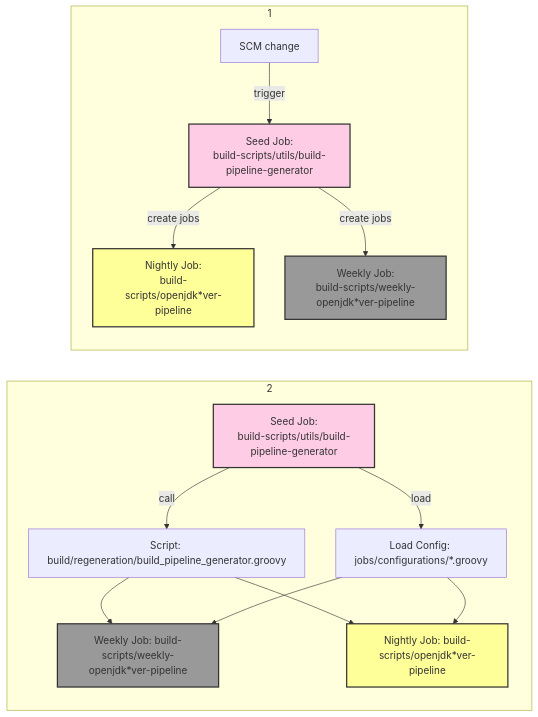
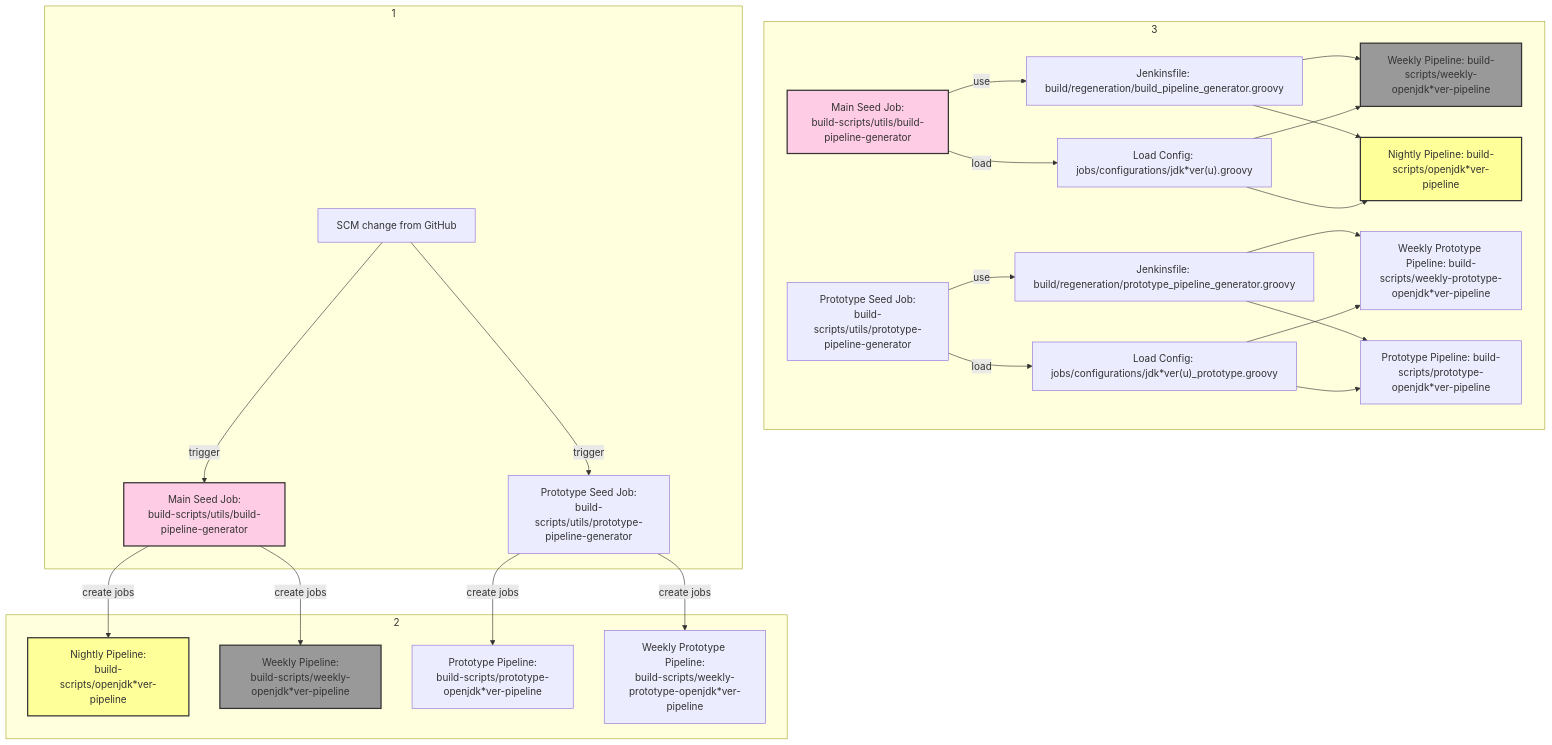
Before and after one commit to adoptium/ci-jenkins-pipelines: the third of 10 diagrams in docs/diagram.md, drawn with Mermaid. The commit also changed other lines of this file and 1 other file, not shown here.

Commit message:
docs: update diagram for prototype and remotetrigger

````diff
--- a/docs/diagram.md
+++ b/docs/diagram.md
@@ -37,32 +57,45 @@
 ```mermaid
 
-flowchart LR
+flowchart
 
 subgraph 1
 
-Trigger[SCM change] --trigger--> Seed1["Seed Job:\nbuild-scripts/utils/build-pipeline-generator"]
-
-Seed1 --create jobs--> Pipelinen1["Nightly Job:\nbuild-scripts/openjdk*ver-pipeline"]
-
-Seed1 --create jobs--> Pipelinew1["Weekly Job:\nbuild-scripts/weekly-openjdk*ver-pipeline"]
+Trigger[SCM change from GitHub] --trigger--> Seed21["Main Seed Job:\nbuild-scripts/utils/build-pipeline-generator"]
+Trigger --trigger--> Seed22["Prototype Seed Job:\nbuild-scripts/utils/prototype-pipeline-generator"]
 
 end
 
 subgraph 2
 
-Seed["Seed Job:\nbuild-scripts/utils/build-pipeline-generator"] --call--> Call1["Script: build/regeneration/build_pipeline_generator.groovy"]
+Seed21 --create jobs--> Pipelinen1["Nightly Pipeline:\nbuild-scripts/openjdk*ver-pipeline"]
+Seed21 --create jobs--> Pipelinew1["Weekly Pipeline:\nbuild-scripts/weekly-openjdk*ver-pipeline"]
 
-Seed--load--> Load1["Load Config: jobs/configurations/*.groovy"]
+Seed22 --create jobs--> Pipelinenp1["Prototype Pipeline:\nbuild-scripts/prototype-openjdk*ver-pipeline"]
+Seed22 --create jobs--> Pipelinewp1["Weekly Prototype Pipeline:\nbuild-scripts/weekly-prototype-openjdk*ver-pipeline"]
 
-Call1 & Load1--> Pipelinew["Weekly Job: build-scripts/weekly-openjdk*ver-pipeline"] & Pipelinen["Nightly Job: build-scripts/openjdk*ver-pipeline"]
+end
+
+subgraph 3
+
+Seed1["Main Seed Job:\nbuild-scripts/utils/build-pipeline-generator"] --use--> Call1["Jenkinsfile: build/regeneration/build_pipeline_generator.groovy"]
+
+Seed1--load--> Load1["Load Config: jobs/configurations/jdk*ver(u).groovy"]
+
+Call1 & Load1--> Pipelinew["Weekly Pipeline: build-scripts/weekly-openjdk*ver-pipeline"] & Pipelinen["Nightly Pipeline: build-scripts/openjdk*ver-pipeline"]
+
+Seed2["Prototype Seed Job:\nbuild-scripts/utils/prototype-pipeline-generator"] --use--> Call2["Jenkinsfile: build/regeneration/prototype_pipeline_generator.groovy"]
+
+Seed2--load--> Load2["Load Config: jobs/configurations/jdk*ver(u)_prototype.groovy"]
+
+Call2 & Load2--> Pipelinew2["Weekly Prototype Pipeline: build-scripts/weekly-prototype-openjdk*ver-pipeline"] & Pipelinen2["Prototype Pipeline: build-scripts/prototype-openjdk*ver-pipeline"]
 
 end
 
 classDef red fill:#ffcce5,stroke:#333,stroke-width:2px
 classDef yellow fill:#ffff99,stroke:#333,stroke-width:2px
 classDef grey fill:#999999,stroke:#333,stroke-width:2px
-class Seed1,Seed red
+class Seed1,Seed21 red
 class Pipelinen1,Pipelinen yellow
 class Pipelinew1,Pipelinew grey
 
 ```
````
